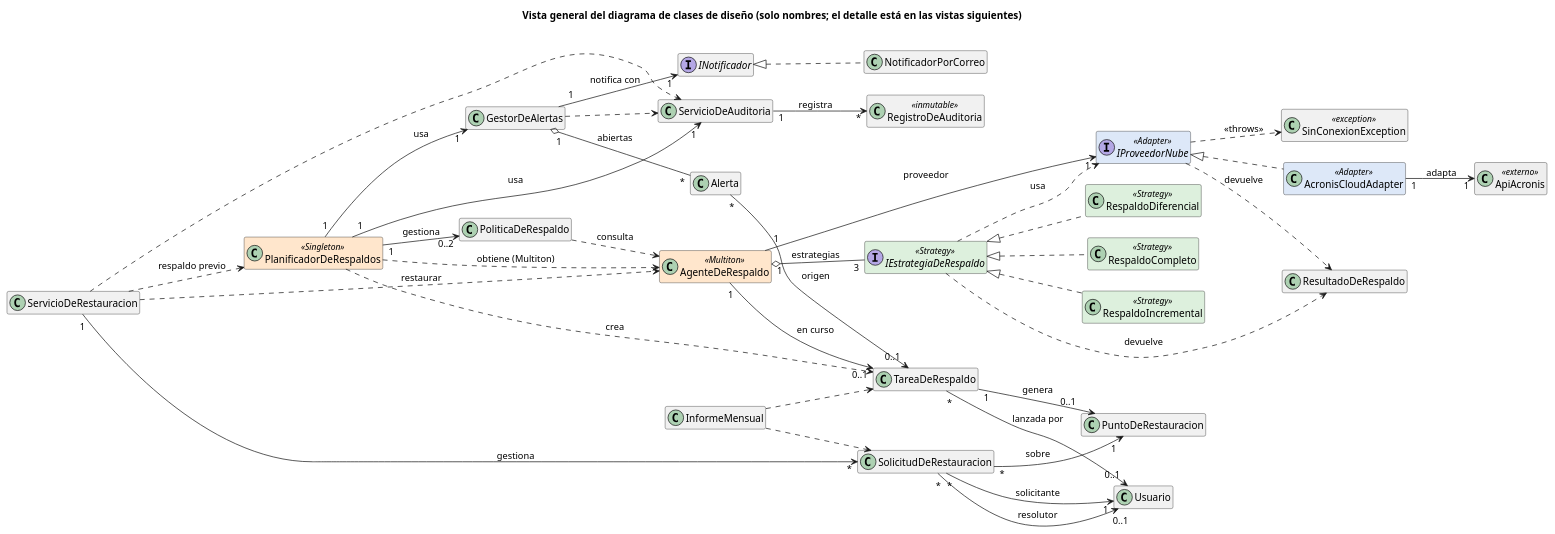
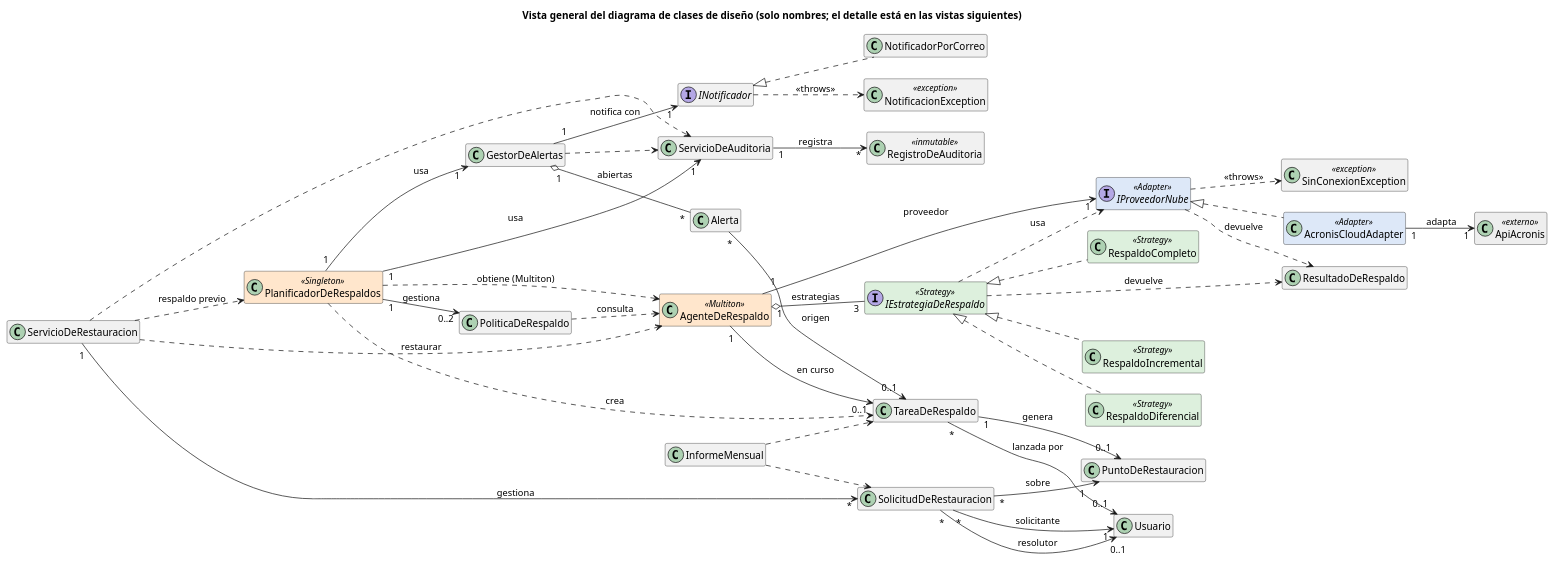
The diagram in diagramas/06-clases-vista-general.puml (Julito-Art/ModelacionGruipo17), drawn with PlantUML before and after one commit. The commit also changed 11 other files, not shown here.

Commit message:
cambio en los diagramas

```diff
--- a/diagramas/06-clases-vista-general.puml
+++ b/diagramas/06-clases-vista-general.puml
@@ -1,76 +1,78 @@
 @startuml 06-clases-vista-general
 title Vista general del diagrama de clases de diseño (solo nombres; el detalle está en las vistas siguientes)
 skinparam shadowing false
 skinparam defaultFontName Arial
 skinparam classAttributeIconSize 0
 skinparam nodesep 30
 skinparam ranksep 50
 skinparam class {
   BackgroundColor<<Singleton>> #FFE6CC
   BackgroundColor<<Multiton>> #FFE6CC
   BackgroundColor<<Strategy>> #DDF0DD
   BackgroundColor<<Adapter>> #DDE8F8
   BackgroundColor<<externo>> #EEEEEE
 }
 hide empty members
 left to right direction
 class PlanificadorDeRespaldos <<Singleton>>
 class AgenteDeRespaldo <<Multiton>>
 class PoliticaDeRespaldo
 class TareaDeRespaldo
 class PuntoDeRestauracion
 class ResultadoDeRespaldo
 interface IEstrategiaDeRespaldo <<Strategy>>
 class RespaldoCompleto <<Strategy>>
 class RespaldoIncremental <<Strategy>>
 class RespaldoDiferencial <<Strategy>>
 interface IProveedorNube <<Adapter>>
 class AcronisCloudAdapter <<Adapter>>
 class ApiAcronis <<externo>>
 class SinConexionException <<exception>>
+class NotificacionException <<exception>>
 class GestorDeAlertas
 class Alerta
 interface INotificador
 class NotificadorPorCorreo
 class ServicioDeAuditoria
 class RegistroDeAuditoria <<inmutable>>
 class SolicitudDeRestauracion
 class ServicioDeRestauracion
 class Usuario
 class InformeMensual
 IEstrategiaDeRespaldo <|.. RespaldoCompleto
 IEstrategiaDeRespaldo <|.. RespaldoIncremental
 IEstrategiaDeRespaldo <|.. RespaldoDiferencial
 IProveedorNube <|.. AcronisCloudAdapter
 INotificador <|.. NotificadorPorCorreo
 PlanificadorDeRespaldos "1" --> "0..2" PoliticaDeRespaldo : gestiona
 PlanificadorDeRespaldos "1" --> "1" GestorDeAlertas : usa
 PlanificadorDeRespaldos "1" --> "1" ServicioDeAuditoria : usa
 AgenteDeRespaldo "1" --> "1" IProveedorNube : proveedor
 AgenteDeRespaldo "1" o-- "3" IEstrategiaDeRespaldo : estrategias
 AgenteDeRespaldo "1" --> "0..1" TareaDeRespaldo : en curso
 AcronisCloudAdapter "1" --> "1" ApiAcronis : adapta
 TareaDeRespaldo "1" --> "0..1" PuntoDeRestauracion : genera
 TareaDeRespaldo "*" --> "0..1" Usuario : lanzada por
 SolicitudDeRestauracion "*" --> "1" PuntoDeRestauracion : sobre
 SolicitudDeRestauracion "*" --> "1" Usuario : solicitante
 SolicitudDeRestauracion "*" --> "0..1" Usuario : resolutor
 Alerta "*" --> "0..1" TareaDeRespaldo : origen
 GestorDeAlertas "1" --> "1" INotificador : notifica con
 GestorDeAlertas "1" o-- "*" Alerta : abiertas
 ServicioDeAuditoria "1" --> "*" RegistroDeAuditoria : registra
 ServicioDeRestauracion "1" --> "*" SolicitudDeRestauracion : gestiona
 PlanificadorDeRespaldos ..> AgenteDeRespaldo : obtiene (Multiton)
 PlanificadorDeRespaldos ..> TareaDeRespaldo : crea
 PoliticaDeRespaldo ..> AgenteDeRespaldo : consulta
 IEstrategiaDeRespaldo ..> IProveedorNube : usa
 IEstrategiaDeRespaldo ..> ResultadoDeRespaldo : devuelve
 IProveedorNube ..> ResultadoDeRespaldo : devuelve
 IProveedorNube ..> SinConexionException : <<throws>>
+INotificador ..> NotificacionException : <<throws>>
 GestorDeAlertas ..> ServicioDeAuditoria
 ServicioDeRestauracion ..> PlanificadorDeRespaldos : respaldo previo
 ServicioDeRestauracion ..> AgenteDeRespaldo : restaurar
 ServicioDeRestauracion ..> ServicioDeAuditoria
 InformeMensual ..> TareaDeRespaldo
 InformeMensual ..> SolicitudDeRestauracion
 @enduml
```
